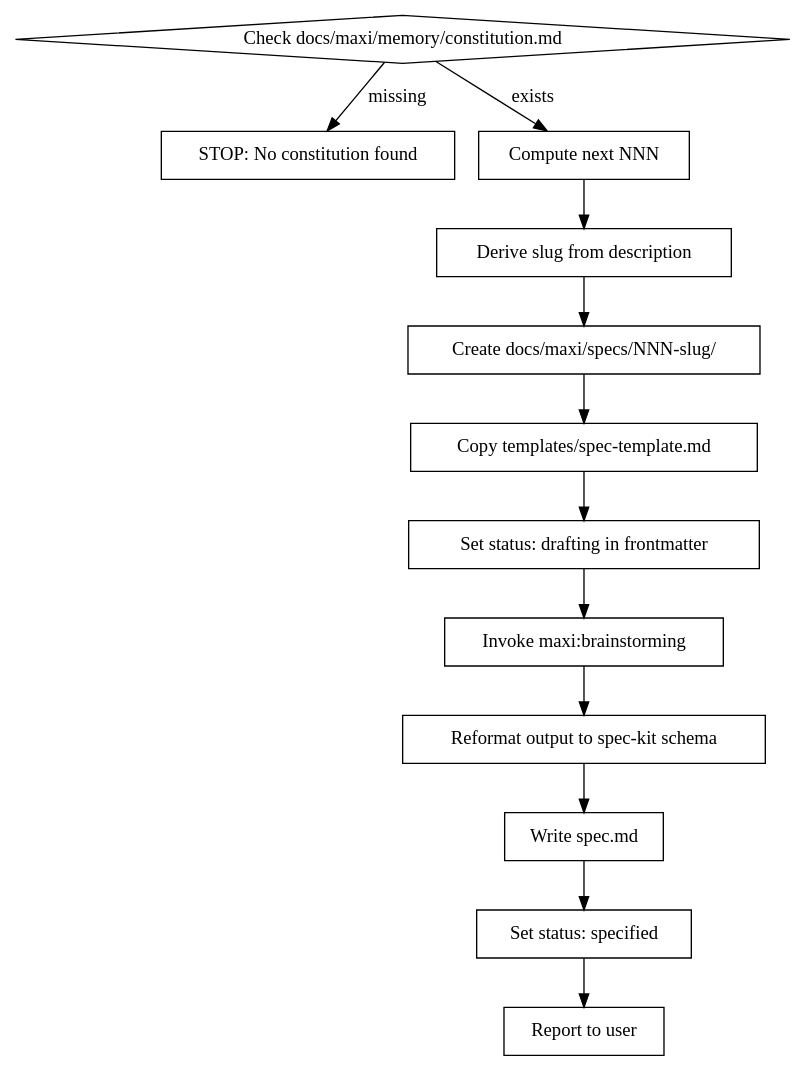
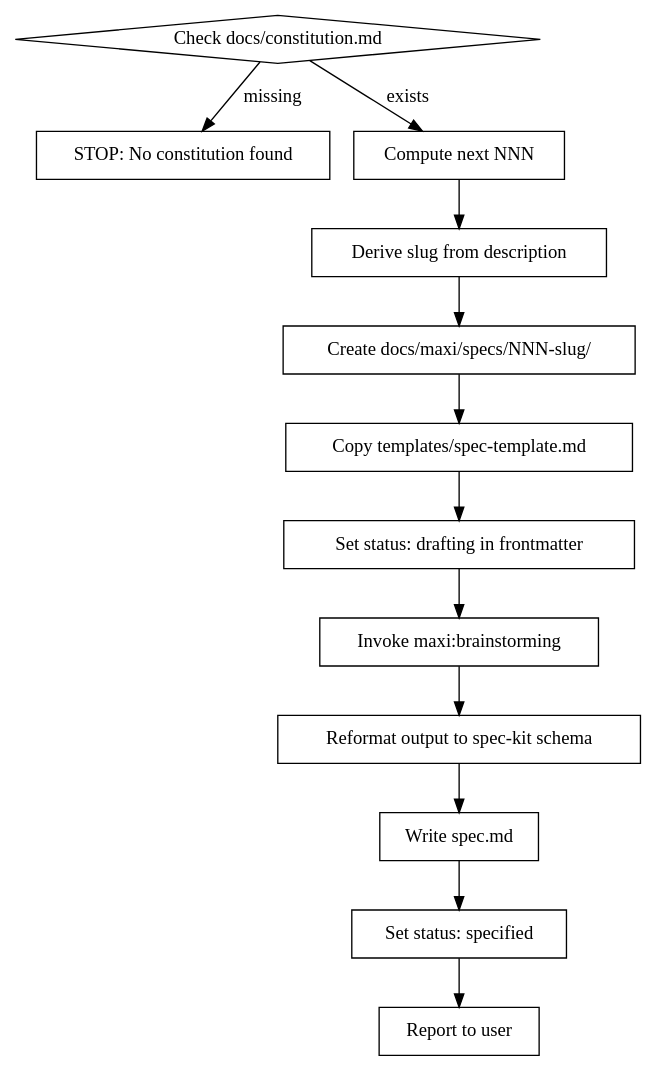
Before and after one commit to amoutiers/maxi-superpowers: the diagram in skills/specify/SKILL.md, drawn with Graphviz. The commit also changed other lines of this file and 11 other files, not shown here.

````diff
--- a/skills/specify/SKILL.md
+++ b/skills/specify/SKILL.md
@@ -17,28 +17,28 @@
 ```dot
 digraph specify {
-    "Check docs/maxi/memory/constitution.md" [shape=diamond];
+    "Check docs/constitution.md" [shape=diamond];
     "STOP: No constitution found" [shape=box];
     "Compute next NNN" [shape=box];
     "Derive slug from description" [shape=box];
     "Create docs/maxi/specs/NNN-slug/" [shape=box];
     "Copy templates/spec-template.md" [shape=box];
     "Set status: drafting in frontmatter" [shape=box];
     "Invoke maxi:brainstorming" [shape=box];
     "Reformat output to spec-kit schema" [shape=box];
     "Write spec.md" [shape=box];
     "Set status: specified" [shape=box];
     "Report to user" [shape=box];
 
-    "Check docs/maxi/memory/constitution.md" -> "STOP: No constitution found" [label="missing"];
-    "Check docs/maxi/memory/constitution.md" -> "Compute next NNN" [label="exists"];
+    "Check docs/constitution.md" -> "STOP: No constitution found" [label="missing"];
+    "Check docs/constitution.md" -> "Compute next NNN" [label="exists"];
     "Compute next NNN" -> "Derive slug from description";
     "Derive slug from description" -> "Create docs/maxi/specs/NNN-slug/";
     "Create docs/maxi/specs/NNN-slug/" -> "Copy templates/spec-template.md";
     "Copy templates/spec-template.md" -> "Set status: drafting in frontmatter";
     "Set status: drafting in frontmatter" -> "Invoke maxi:brainstorming";
     "Invoke maxi:brainstorming" -> "Reformat output to spec-kit schema";
     "Reformat output to spec-kit schema" -> "Write spec.md";
     "Write spec.md" -> "Set status: specified";
     "Set status: specified" -> "Report to user";
 }
 ```
````
